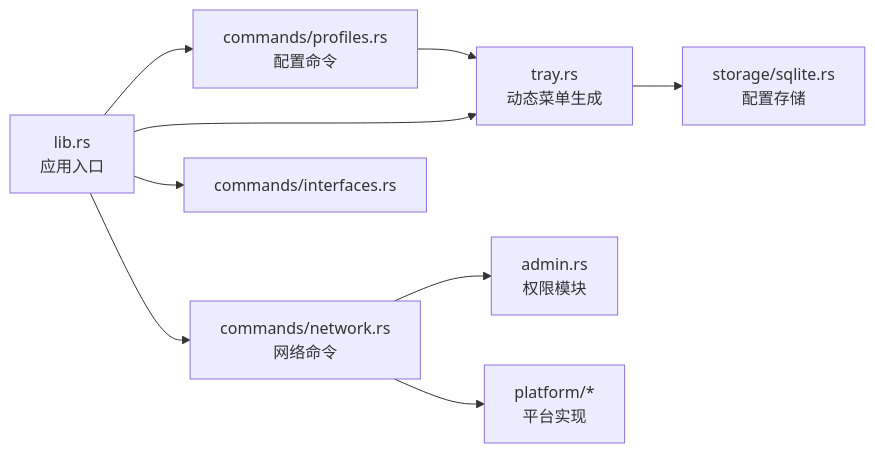
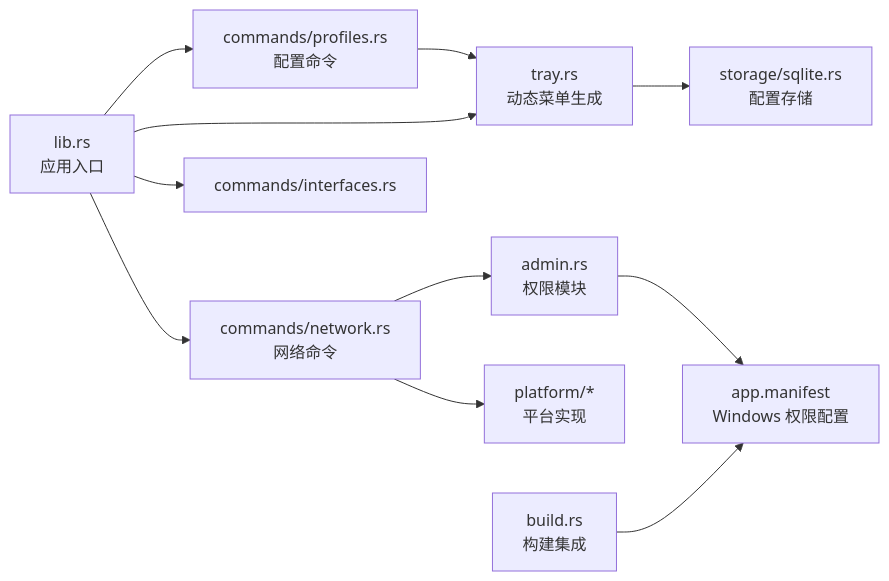
One commit to xdongliang/IPSwitcher changed the ninth of 9 diagrams in .qoder/repowiki/zh/content/系统集成/系统集成.md. Above: the diagram before and after it, drawn with Mermaid. The commit also changed other lines of this file and 12 other files, not shown here.

````diff
--- a/.qoder/repowiki/zh/content/系统集成/系统集成.md
+++ b/.qoder/repowiki/zh/content/系统集成/系统集成.md
@@ -371,11 +424,13 @@
 ```mermaid
 graph LR
 Tray["tray.rs<br/>动态菜单生成"] --> Repo["storage/sqlite.rs<br/>配置存储"]
 NetCmd["commands/network.rs<br/>网络命令"] --> Admin["admin.rs<br/>权限模块"]
 NetCmd --> Plat["platform/*<br/>平台实现"]
 ProfCmd["commands/profiles.rs<br/>配置命令"] --> Tray
 Lib["lib.rs<br/>应用入口"] --> Tray
 Lib --> NetCmd
 Lib --> ProfCmd
 Lib --> InterfacesCmd["commands/interfaces.rs"]
+Admin --> Manifest["app.manifest<br/>Windows 权限配置"]
+Build["build.rs<br/>构建集成"] --> Manifest
 ```
````
